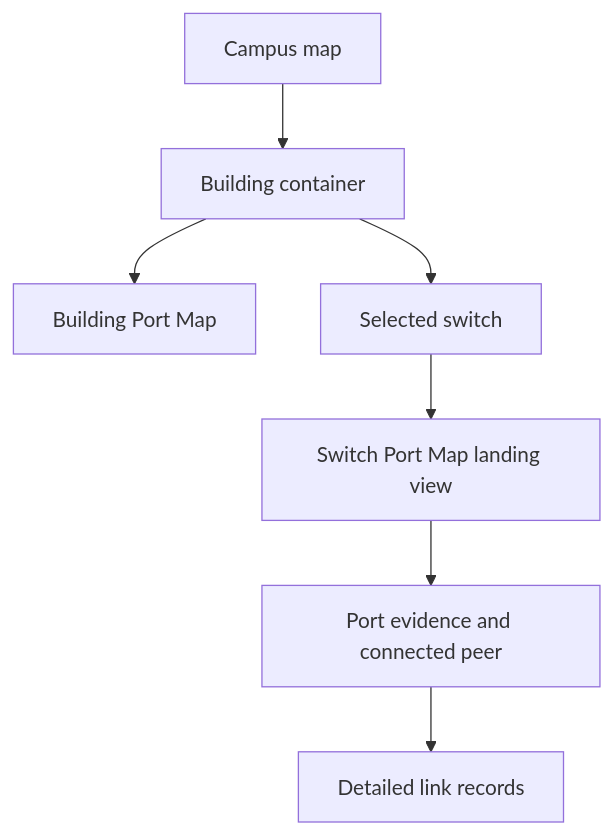
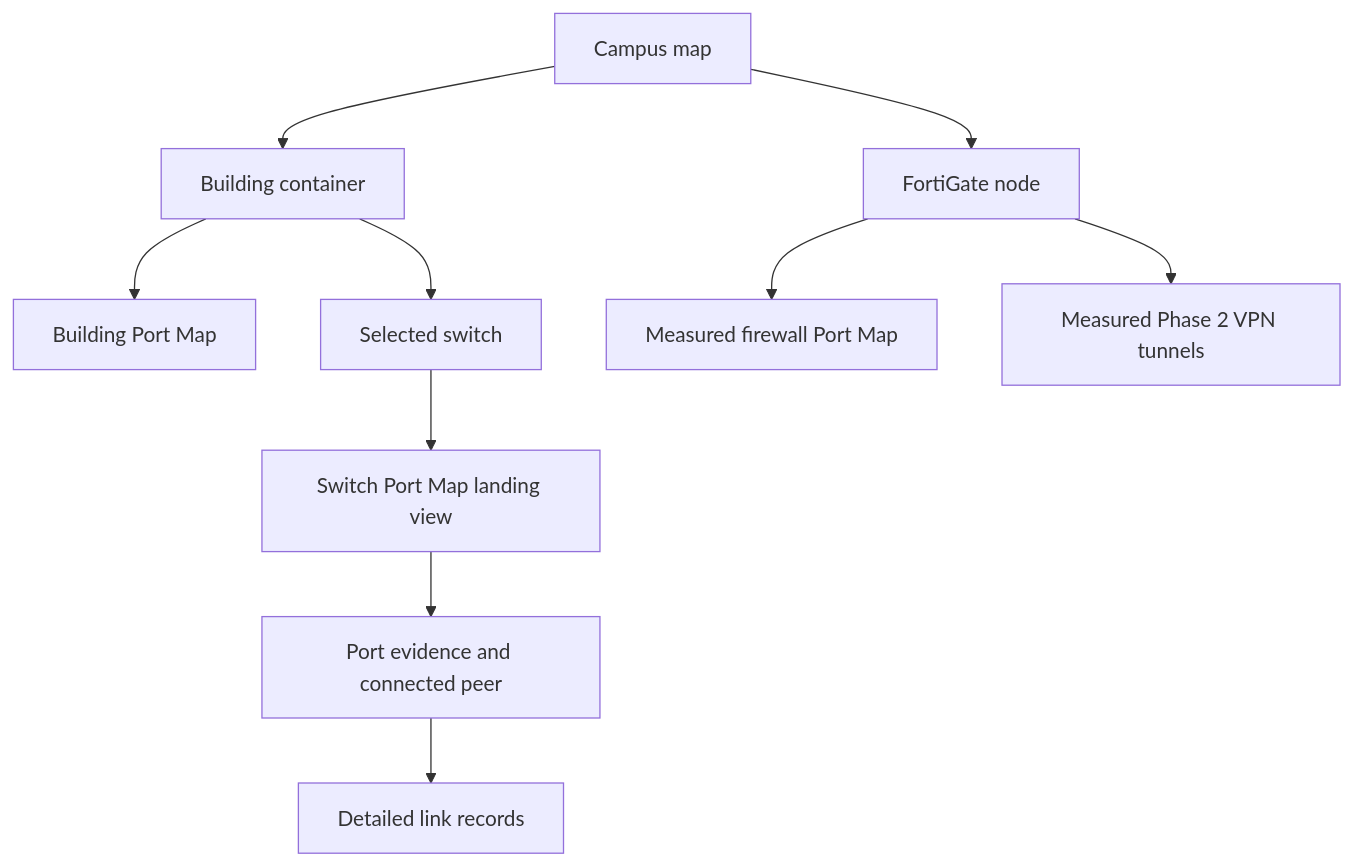
One commit to OlderschCoder/Network-Insight-Hub changed the first of 3 diagrams in docs/network-drilldown-and-freshness.md. Above: the diagram before and after it, drawn with Mermaid. The commit also changed other lines of this file and 59 other files, not shown here.

````diff
--- a/docs/network-drilldown-and-freshness.md
+++ b/docs/network-drilldown-and-freshness.md
@@ -5,9 +5,12 @@
 ```mermaid
 flowchart TD
     C[Campus map] --> B[Building container]
     B --> BP[Building Port Map]
     B --> S[Selected switch]
     S --> SP[Switch Port Map landing view]
     SP --> P[Port evidence and connected peer]
     P --> L[Detailed link records]
+    C --> F[FortiGate node]
+    F --> FP[Measured firewall Port Map]
+    F --> VT[Measured Phase 2 VPN tunnels]
 ```
````
